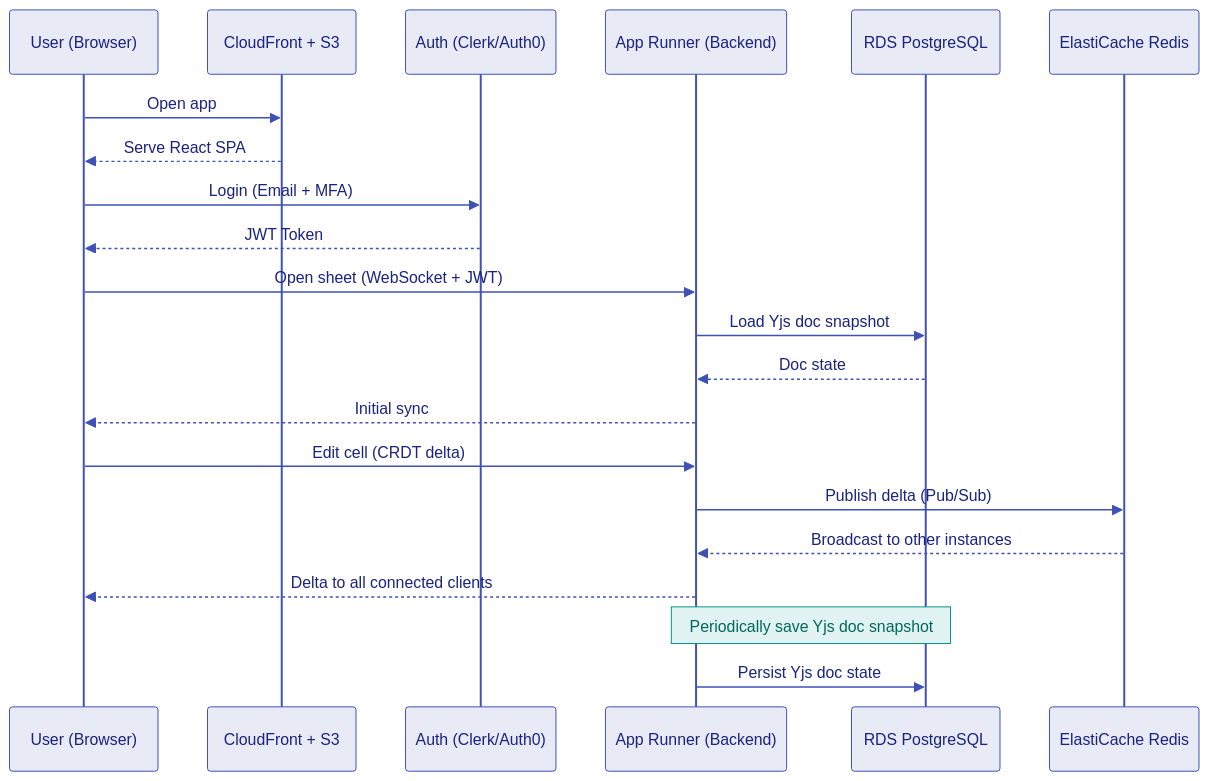
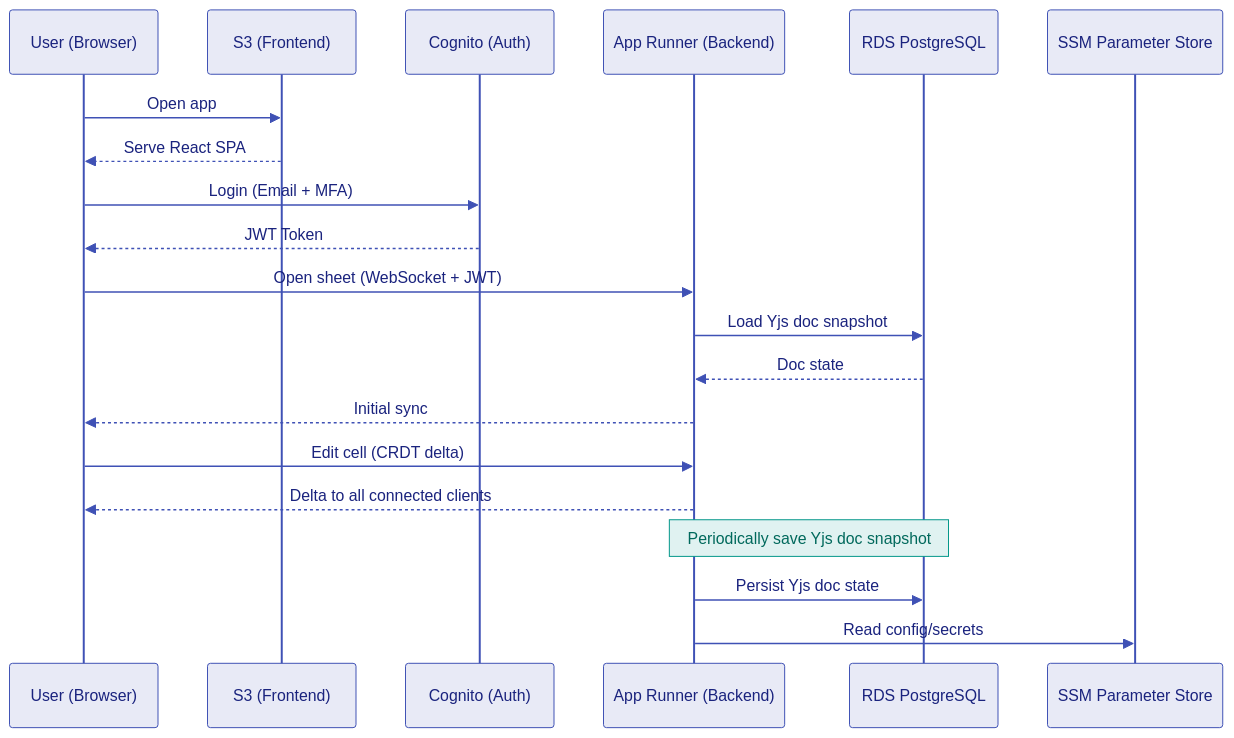
One commit to Jobonabas/CloudSheets changed the second of 3 diagrams in docs/architecture.md. Above: the diagram before and after it, drawn with Mermaid. The commit also changed other lines of this file and 2 other files, not shown here.

Commit message:
docs: update documentation to reflect architecture changes

````diff
--- a/docs/architecture.md
+++ b/docs/architecture.md
@@ -91,46 +65,45 @@
 ```mermaid
 %%{init: {'theme': 'base', 'themeVariables': {
   'actorBkg': '#E8EAF6',
   'actorBorder': '#3F51B5',
   'actorTextColor': '#1A237E',
   'activationBkgColor': '#E0F2F1',
   'activationBorderColor': '#009688',
   'signalColor': '#3F51B5',
   'signalTextColor': '#1A237E',
   'noteBkgColor': '#E0F2F1',
   'noteBorderColor': '#009688',
   'noteTextColor': '#00695C',
   'sequenceNumberColor': '#FFFFFF',
   'labelBoxBkgColor': '#E8EAF6',
   'labelBoxBorderColor': '#3F51B5',
   'labelTextColor': '#1A237E',
   'loopTextColor': '#1A237E',
   'fontSize': '14px'
 }}}%%
 sequenceDiagram
     participant U as User (Browser)
-    participant CF as CloudFront + S3
-    participant A as Auth (Clerk/Auth0)
-    participant B as App Runner (Backend)
+    participant S3 as S3 (Frontend)
+    participant C as Cognito (Auth)
+    participant AR as App Runner (Backend)
     participant DB as RDS PostgreSQL
-    participant R as ElastiCache Redis
+    participant SSM as SSM Parameter Store
 
-    U->>CF: Open app
-    CF-->>U: Serve React SPA
+    U->>S3: Open app
+    S3-->>U: Serve React SPA
 
-    U->>A: Login (Email + MFA)
-    A-->>U: JWT Token
+    U->>C: Login (Email + MFA)
+    C-->>U: JWT Token
 
-    U->>B: Open sheet (WebSocket + JWT)
-    B->>DB: Load Yjs doc snapshot
-    DB-->>B: Doc state
-    B-->>U: Initial sync
+    U->>AR: Open sheet (WebSocket + JWT)
+    AR->>DB: Load Yjs doc snapshot
+    DB-->>AR: Doc state
+    AR-->>U: Initial sync
 
-    U->>B: Edit cell (CRDT delta)
-    B->>R: Publish delta (Pub/Sub)
-    R-->>B: Broadcast to other instances
-    B-->>U: Delta to all connected clients
+    U->>AR: Edit cell (CRDT delta)
+    AR-->>U: Delta to all connected clients
 
-    Note over B,DB: Periodically save Yjs doc snapshot
-    B->>DB: Persist Yjs doc state
+    Note over AR,DB: Periodically save Yjs doc snapshot
+    AR->>DB: Persist Yjs doc state
+    AR->>SSM: Read config/secrets
 ```
````
